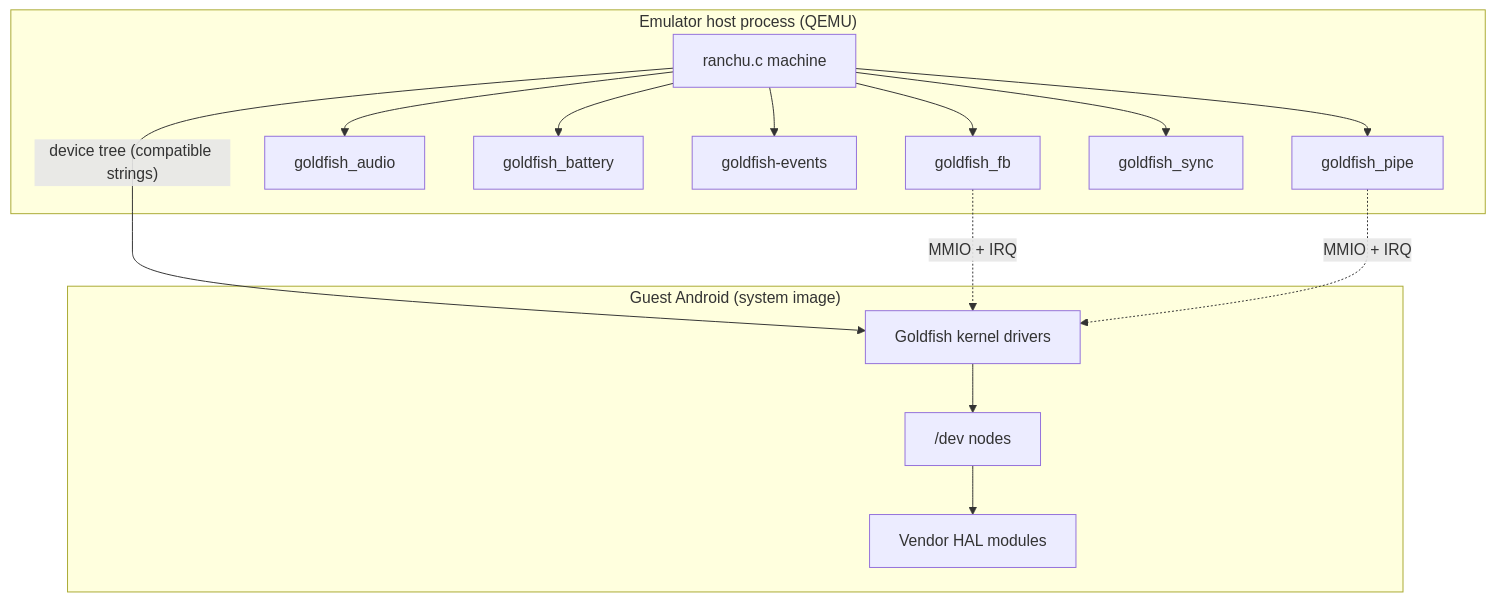
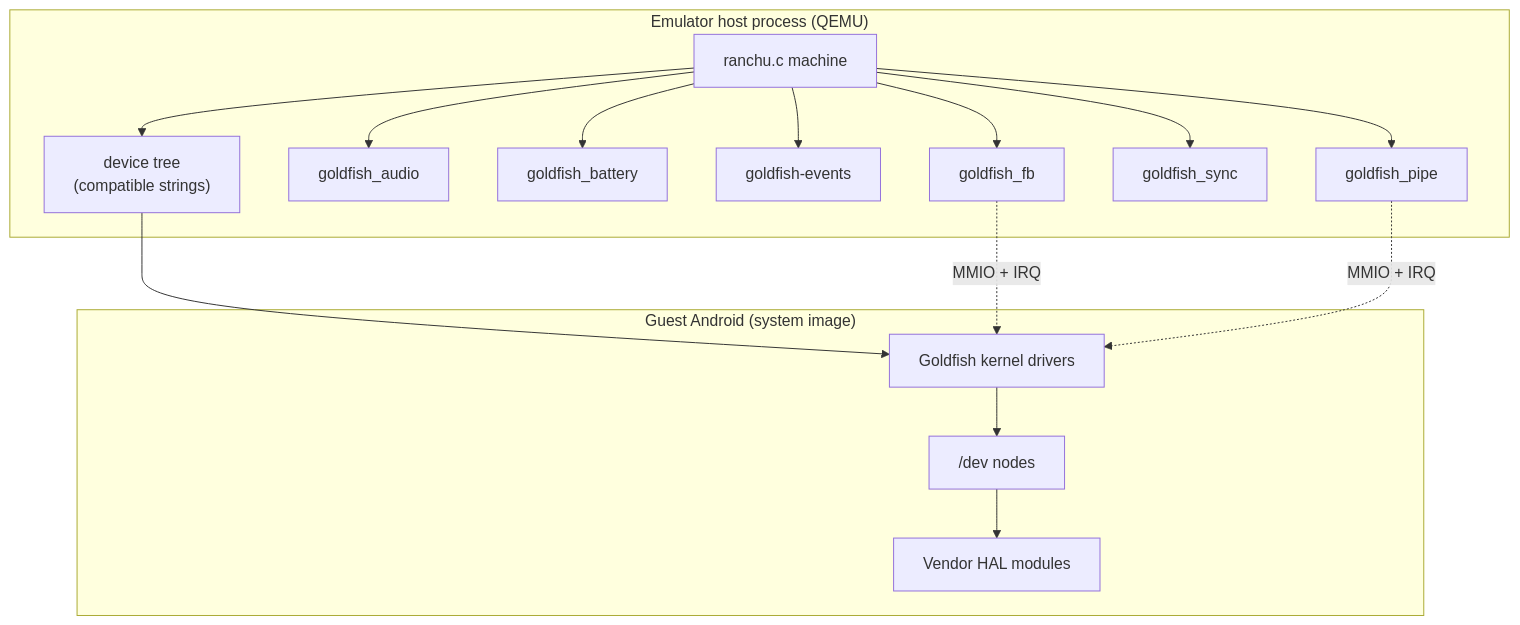
Before and after one commit to aospbooks/android-emulator-internal-book: the first of 8 diagrams in 24-system-images-hal.md, drawn with Mermaid. The commit also changed other lines of this file and 31 other files, not shown here.

````diff
--- a/24-system-images-hal.md
+++ b/24-system-images-hal.md
@@ -48,28 +48,30 @@
 ```mermaid
 flowchart TB
     subgraph HOST["Emulator host process (QEMU)"]
         RANCHU["ranchu.c machine"]
         FB["goldfish_fb"]
         AUD["goldfish_audio"]
         BAT["goldfish_battery"]
         EVT["goldfish-events"]
         PIPE["goldfish_pipe"]
         SYNC["goldfish_sync"]
+        DT["device tree<br/>(compatible strings)"]
         RANCHU --> FB
         RANCHU --> AUD
         RANCHU --> BAT
         RANCHU --> EVT
         RANCHU --> PIPE
         RANCHU --> SYNC
+        RANCHU --> DT
     end
     subgraph GUEST["Guest Android (system image)"]
         KERN["Goldfish kernel drivers"]
         NODES["/dev nodes"]
         HAL["Vendor HAL modules"]
         KERN --> NODES
         NODES --> HAL
     end
-    RANCHU -->|"device tree (compatible strings)"| KERN
+    DT --> KERN
     FB -.MMIO + IRQ.-> KERN
     PIPE -.MMIO + IRQ.-> KERN
 ```
````
